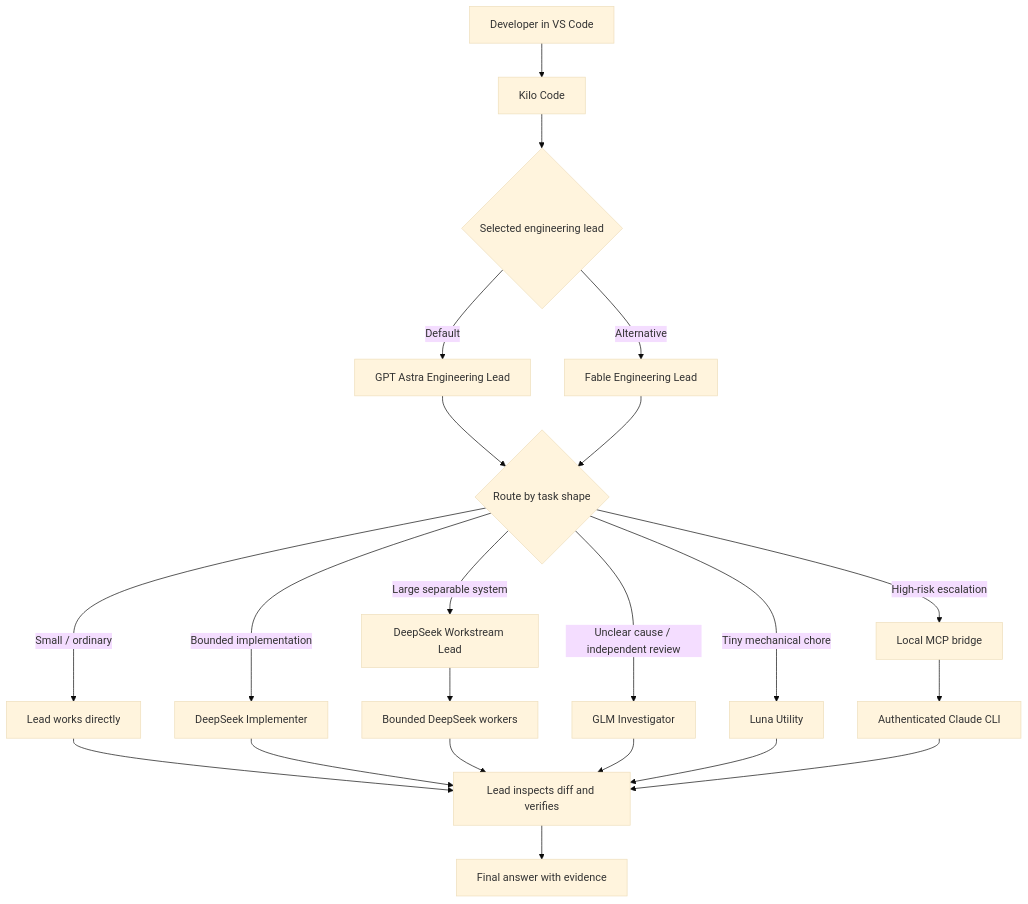
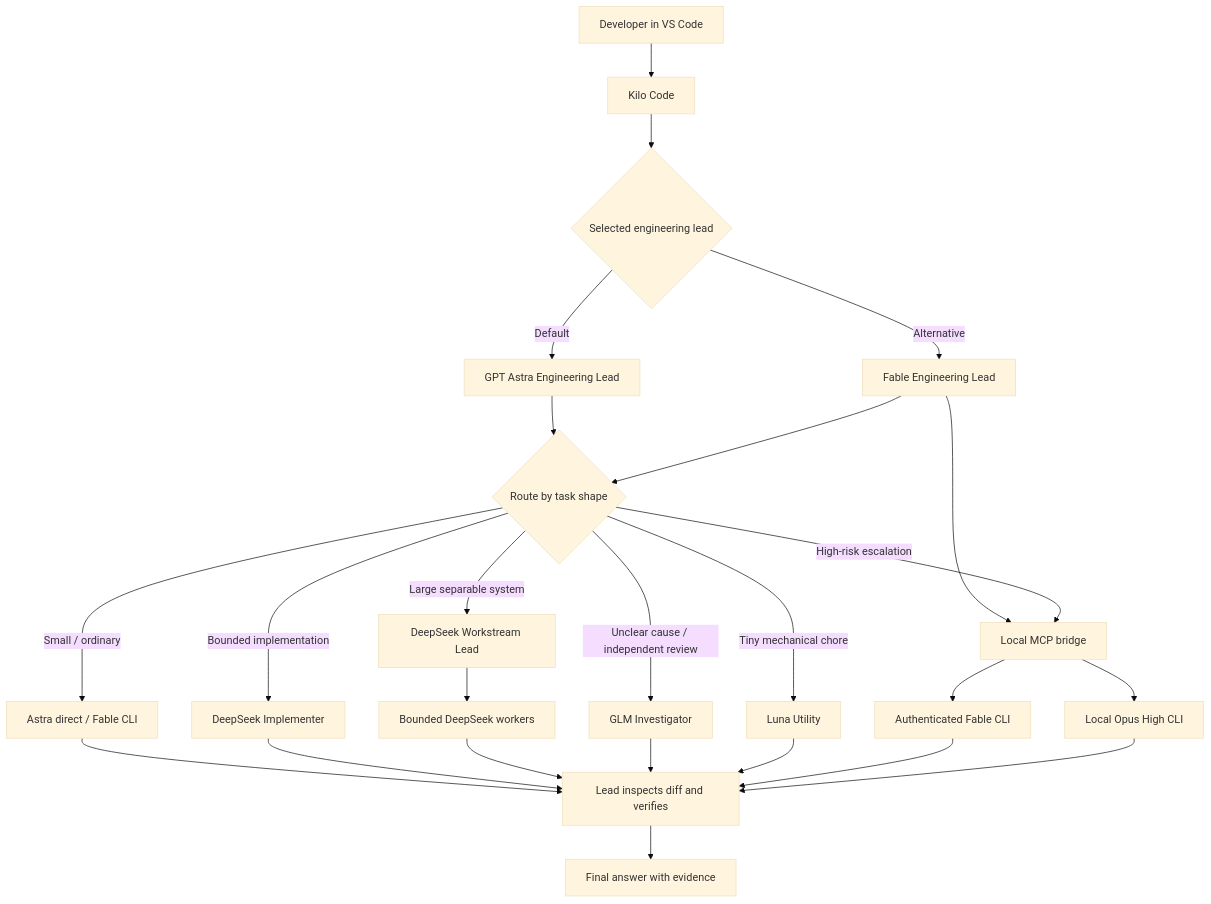
One commit to shrikrishna-skg/vs-code-configuration changed the diagram in README.md. Above: the diagram before and after it, drawn with Mermaid (base theme). The commit also changed other lines of this file and 36 other files, not shown here.

````diff
--- a/README.md
+++ b/README.md
@@ -13,26 +13,29 @@
 ```mermaid
 flowchart TD
     U[Developer in VS Code] --> K[Kilo Code]
     K --> A{Selected engineering lead}
     A -->|Default| ASTRA[GPT Astra Engineering Lead]
     A -->|Alternative| FABLE[Fable Engineering Lead]
 
     ASTRA --> R{Route by task shape}
+    FABLE --> MCP[Local MCP bridge]
+    MCP --> FCLI[Authenticated Fable CLI]
     FABLE --> R
-    R -->|Small / ordinary| DIRECT[Lead works directly]
+    R -->|Small / ordinary| DIRECT[Astra direct / Fable CLI]
     R -->|Bounded implementation| DS[DeepSeek Implementer]
     R -->|Large separable system| DSL[DeepSeek Workstream Lead]
     DSL --> DS2[Bounded DeepSeek workers]
     R -->|Unclear cause / independent review| GLM[GLM Investigator]
     R -->|Tiny mechanical chore| LUNA[Luna Utility]
-    R -->|High-risk escalation| MCP[Local MCP bridge]
-    MCP --> CLAUDE[Authenticated Claude CLI]
+    R -->|High-risk escalation| MCP
+    MCP --> OPUS[Local Opus High CLI]
 
     DIRECT --> V[Lead inspects diff and verifies]
     DS --> V
     DS2 --> V
     GLM --> V
     LUNA --> V
-    CLAUDE --> V
+    FCLI --> V
+    OPUS --> V
     V --> DONE[Final answer with evidence]
 ```
````
